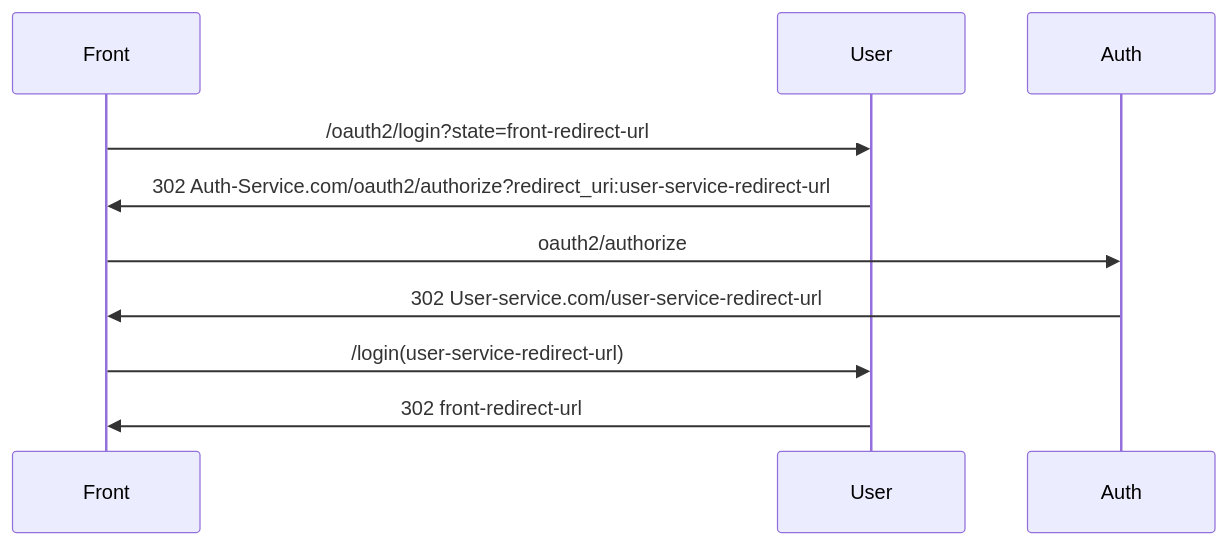
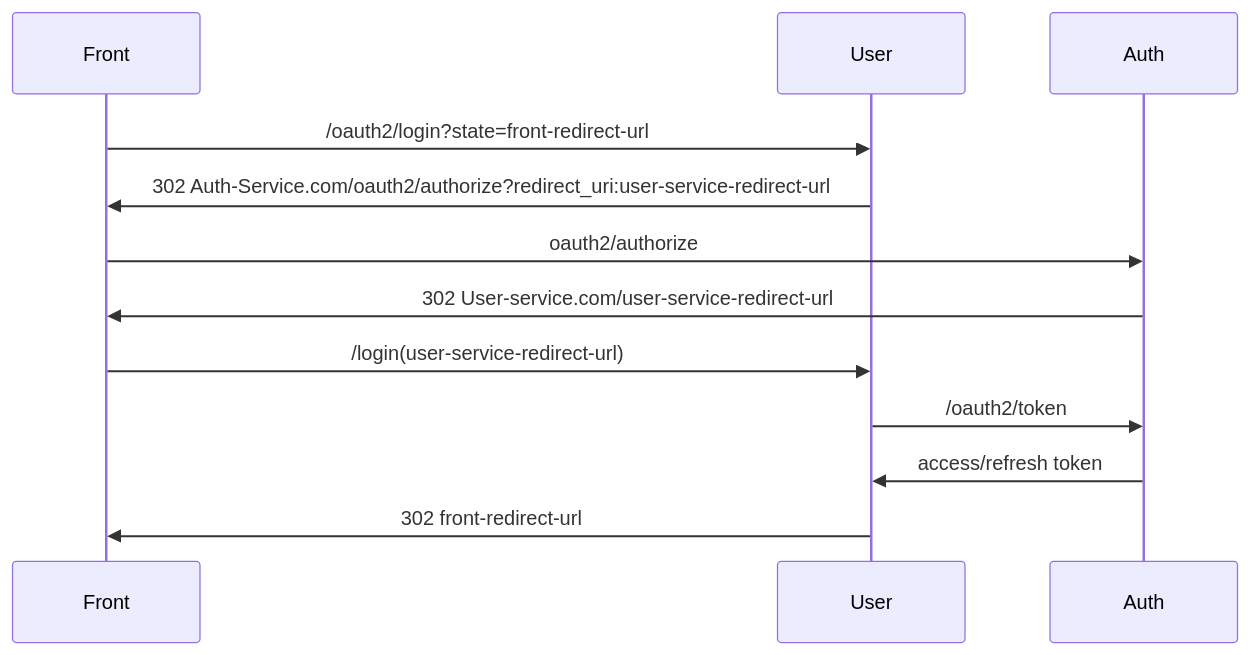
Before and after one commit to plere/ticketing: the diagram in services/user-service/readme.md, drawn with Mermaid.

Commit message:
[user] readme.md 파일 수정(토큰 획득 과정 추가)

````diff
--- a/services/user-service/readme.md
+++ b/services/user-service/readme.md
@@ -4,9 +4,11 @@
 ```mermaid
     sequenceDiagram
     Front->>User: /oauth2/login?state=front-redirect-url
     User->>Front: 302 Auth-Service.com/oauth2/authorize?redirect_uri:user-service-redirect-url 
     Front->>Auth: oauth2/authorize
     Auth->>Front: 302 User-service.com/user-service-redirect-url
     Front->>User: /login(user-service-redirect-url)
+    User->>Auth: /oauth2/token
+    Auth->>User: access/refresh token
     User->>Front: 302 front-redirect-url
 ```
````
